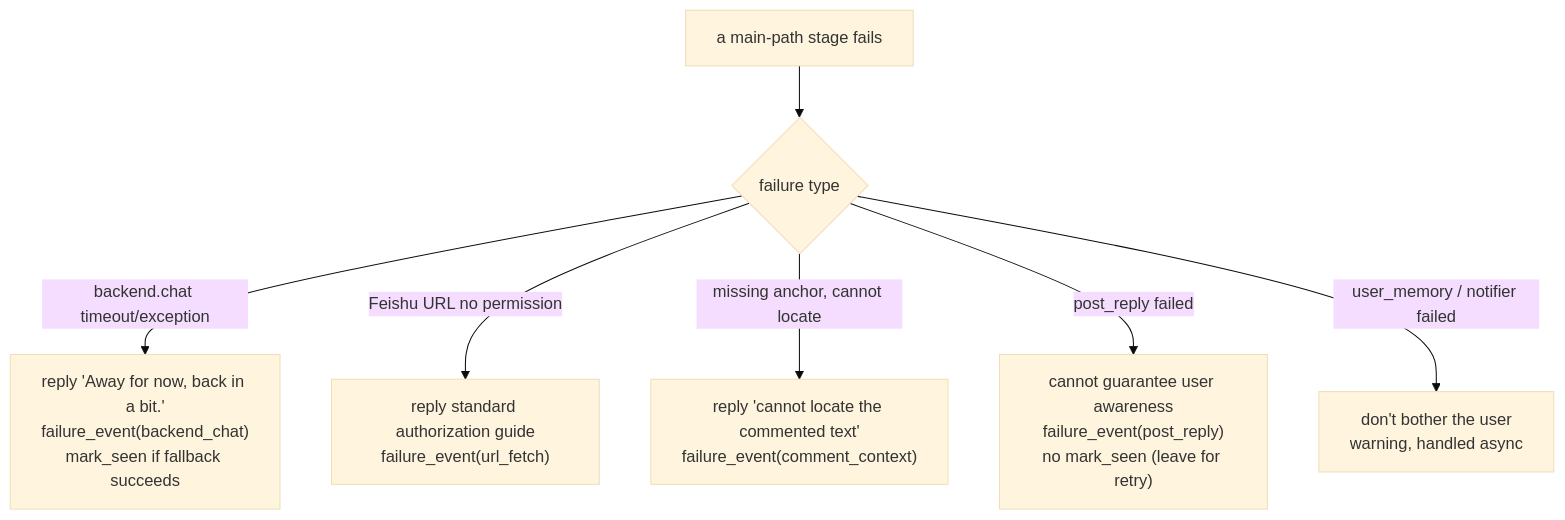
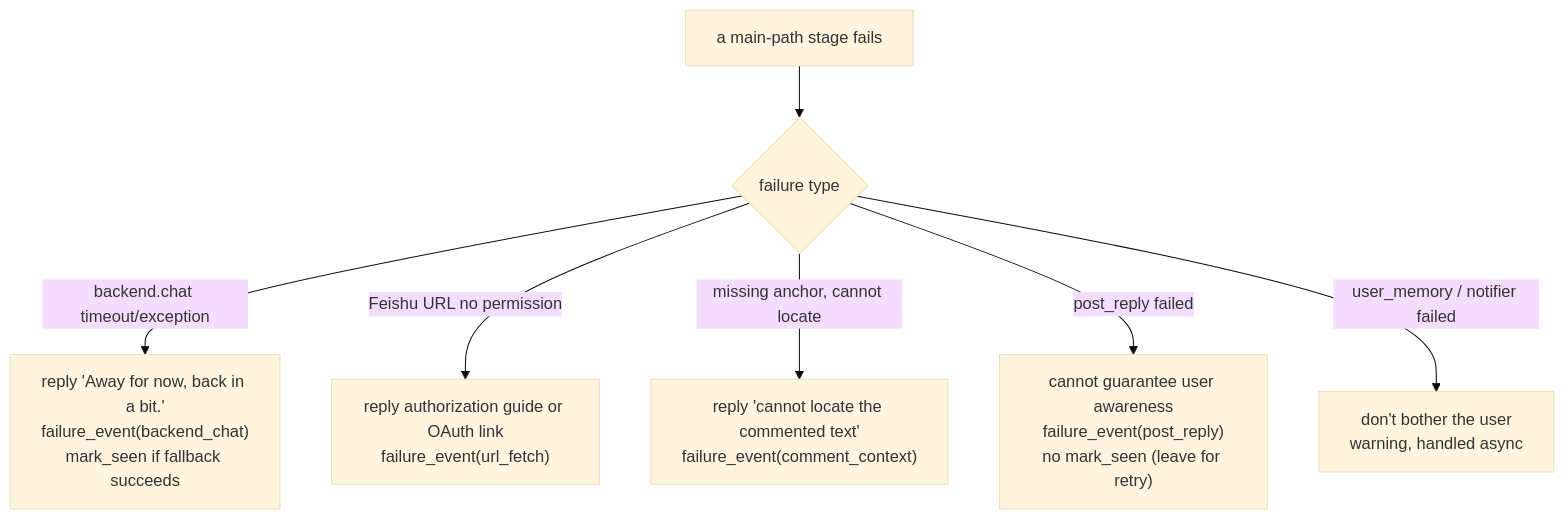
One commit to permanentstar/lark-doc-whisper changed the fifth of 7 diagrams in docs/lark_doc_whisper_architecture.md. Above: the diagram before and after it, drawn with Mermaid (base theme). The commit also changed other lines of this file and 21 other files, not shown here.

First line of the commit message:
feat: OAuth user token fallback for unauthorized Feishu doc links

````diff
--- a/docs/lark_doc_whisper_architecture.md
+++ b/docs/lark_doc_whisper_architecture.md
@@ -202,9 +202,9 @@
 ```mermaid
 flowchart TD
     ERR["a main-path stage fails"] --> KIND{failure type}
     KIND -->|backend.chat timeout/exception| R1["reply 'Away for now, back in a bit.'<br/>failure_event(backend_chat)<br/>mark_seen if fallback succeeds"]
-    KIND -->|Feishu URL no permission| R2["reply standard authorization guide<br/>failure_event(url_fetch)"]
+    KIND -->|Feishu URL no permission| R2["reply authorization guide or OAuth link<br/>failure_event(url_fetch)"]
     KIND -->|missing anchor, cannot locate| R3["reply 'cannot locate the commented text'<br/>failure_event(comment_context)"]
     KIND -->|post_reply failed| R4["cannot guarantee user awareness<br/>failure_event(post_reply)<br/>no mark_seen (leave for retry)"]
     KIND -->|user_memory / notifier failed| R5["don't bother the user<br/>warning, handled async"]
 ```
````
